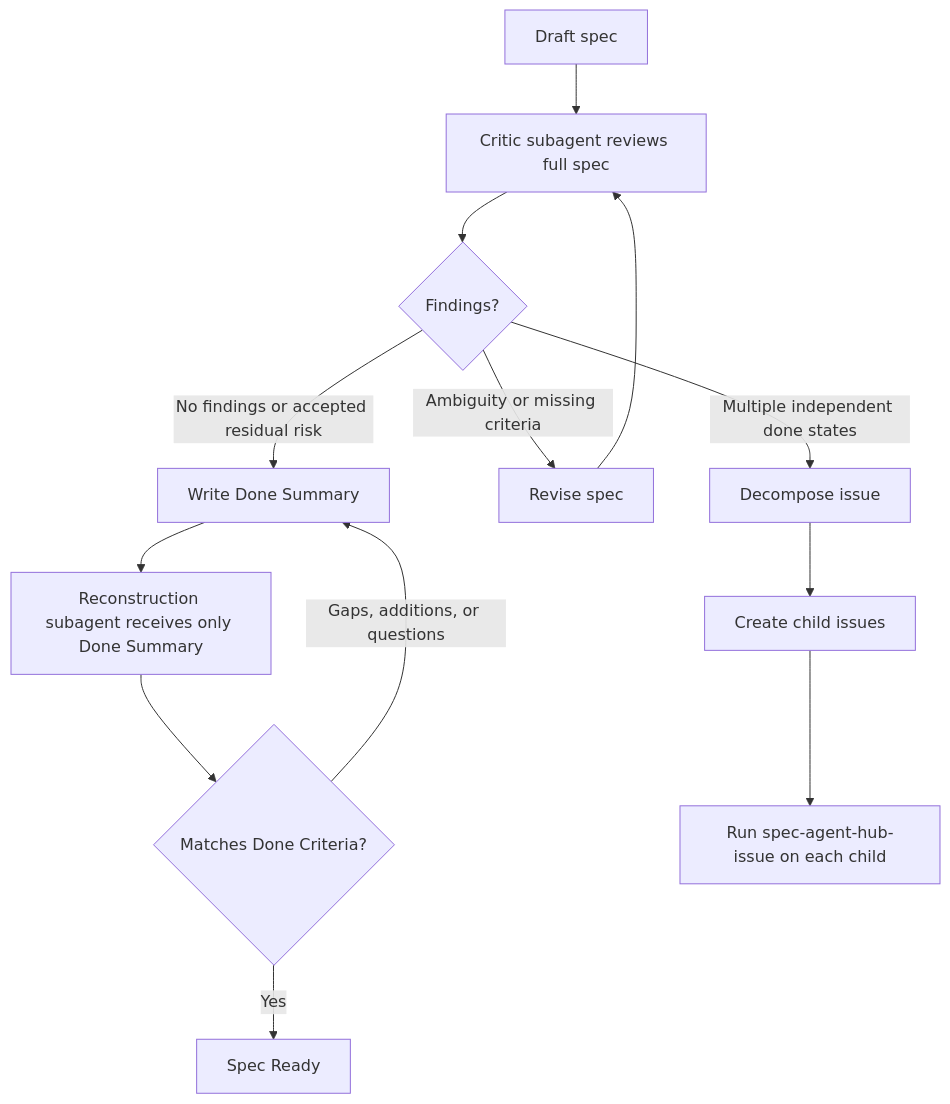
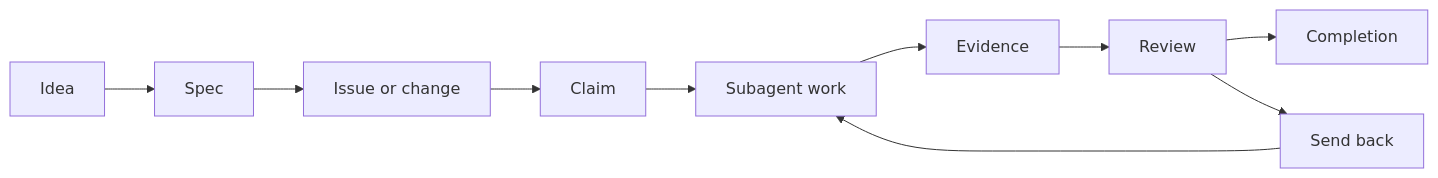
One commit to jcpinto54/notion-agent-hub-skills changed the diagram in README.md. Above: the diagram before and after it, drawn with Mermaid. The commit also changed other lines of this file and 85 other files, not shown here.

Commit message:
Add Agent Hub v3 regression framework

````diff
--- a/README.md
+++ b/README.md
@@ -93,15 +171,12 @@
 ```mermaid
-flowchart TD
-    A["Draft spec"] --> B["Critic subagent reviews full spec"]
-    B --> C{"Findings?"}
-    C -->|"No findings or accepted residual risk"| D["Write Done Summary"]
-    C -->|"Ambiguity or missing criteria"| E["Revise spec"]
-    C -->|"Multiple independent done states"| F["Decompose issue"]
-    E --> B
-    D --> G["Reconstruction subagent receives only Done Summary"]
-    G --> H{"Matches Done Criteria?"}
-    H -->|Yes| I["Spec Ready"]
-    H -->|"Gaps, additions, or questions"| D
-    F --> J["Create child issues"]
-    J --> K["Run spec-agent-hub-issue on each child"]
+flowchart LR
+    A["Idea"] --> B["Spec"]
+    B --> C["Issue or change"]
+    C --> D["Claim"]
+    D --> E["Subagent work"]
+    E --> F["Evidence"]
+    F --> G["Review"]
+    G --> H["Completion"]
+    G --> I["Send back"]
+    I --> E
 ```
````
